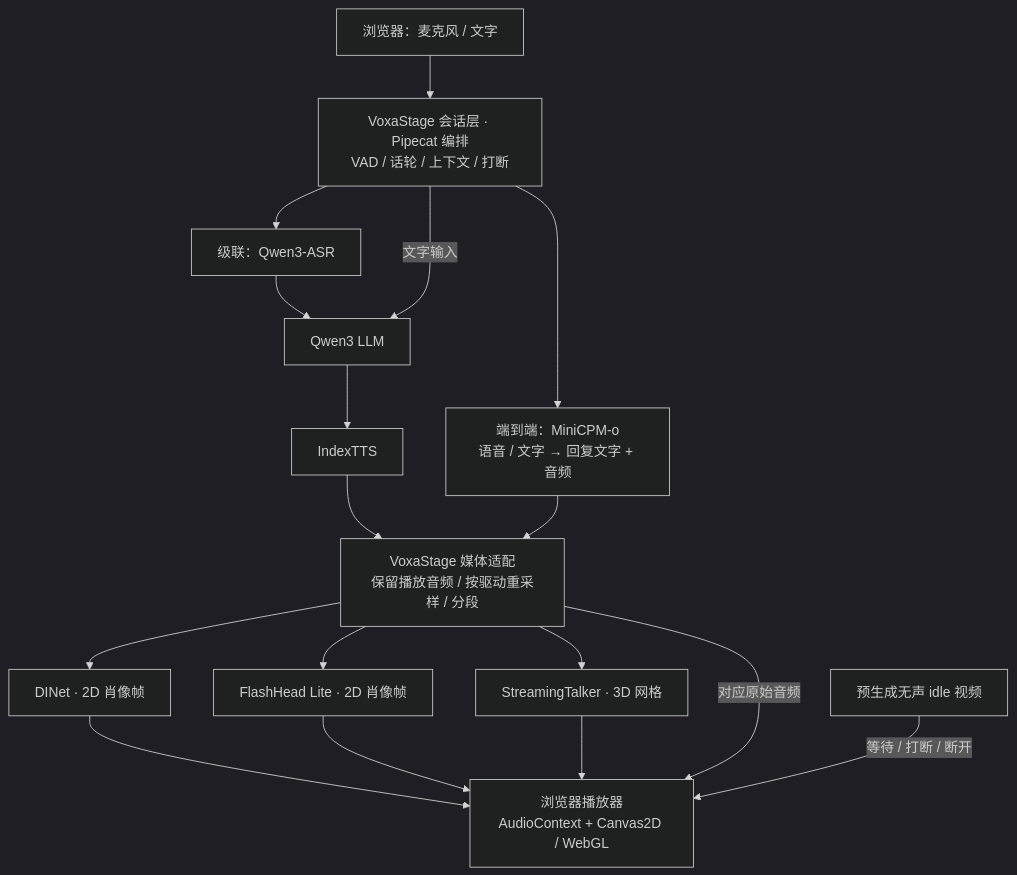
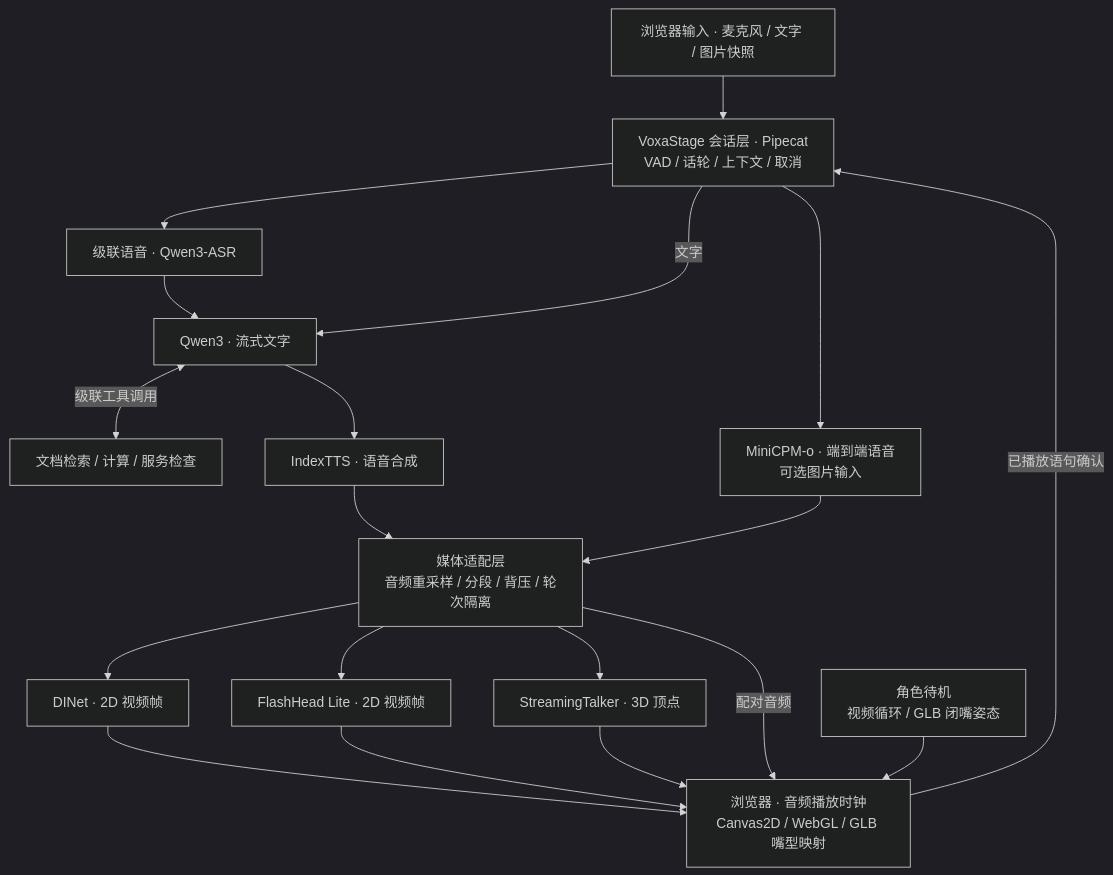
Before and after one commit to yangohuang/VoxaStage: the diagram in AVATAR-README.md, drawn with Mermaid (dark theme). The commit also changed other lines of this file and 5 other files, not shown here.

````diff
--- a/AVATAR-README.md
+++ b/AVATAR-README.md
@@ -48,19 +65,21 @@
 ```mermaid
 flowchart TB
-    Browser["浏览器：麦克风 / 文字"] --> Session["VoxaStage 会话层 · Pipecat 编排<br/>VAD / 话轮 / 上下文 / 打断"]
-    Session --> ASR["级联：Qwen3-ASR"]
-    ASR --> LLM["Qwen3 LLM"]
-    Session -->|文字输入| LLM
-    LLM --> TTS["IndexTTS"]
-    Session --> Omni["端到端：MiniCPM-o<br/>语音 / 文字 → 回复文字 + 音频"]
-    TTS --> Media["VoxaStage 媒体适配<br/>保留播放音频 / 按驱动重采样 / 分段"]
+    Input["浏览器输入 · 麦克风 / 文字 / 图片快照"] --> Session["VoxaStage 会话层 · Pipecat<br/>VAD / 话轮 / 上下文 / 取消"]
+    Session --> ASR["级联语音 · Qwen3-ASR"]
+    ASR --> LLM["Qwen3 · 流式文字"]
+    Session -->|文字| LLM
+    LLM <-->|级联工具调用| Tools["文档检索 / 计算 / 服务检查"]
+    LLM --> TTS["IndexTTS · 语音合成"]
+    Session --> Omni["MiniCPM-o · 端到端语音<br/>可选图片输入"]
+    TTS --> Media["媒体适配层<br/>音频重采样 / 分段 / 背压 / 轮次隔离"]
     Omni --> Media
-    Media --> DINet["DINet · 2D 肖像帧"]
-    Media --> Flash["FlashHead Lite · 2D 肖像帧"]
-    Media --> ST["StreamingTalker · 3D 网格"]
-    DINet --> Player["浏览器播放器<br/>AudioContext + Canvas2D / WebGL"]
-    Flash --> Player
-    ST --> Player
-    Media -->|对应原始音频| Player
-    Idle["预生成无声 idle 视频"] -->|等待 / 打断 / 断开| Player
+    Media --> D["DINet · 2D 视频帧"]
+    Media --> F["FlashHead Lite · 2D 视频帧"]
+    Media --> S["StreamingTalker · 3D 顶点"]
+    D --> Player["浏览器 · 音频播放时钟<br/>Canvas2D / WebGL / GLB 嘴型映射"]
+    F --> Player
+    S --> Player
+    Media -->|配对音频| Player
+    Player -->|已播放语句确认| Session
+    Idle["角色待机<br/>视频循环 / GLB 闭嘴姿态"] --> Player
 ```
````
